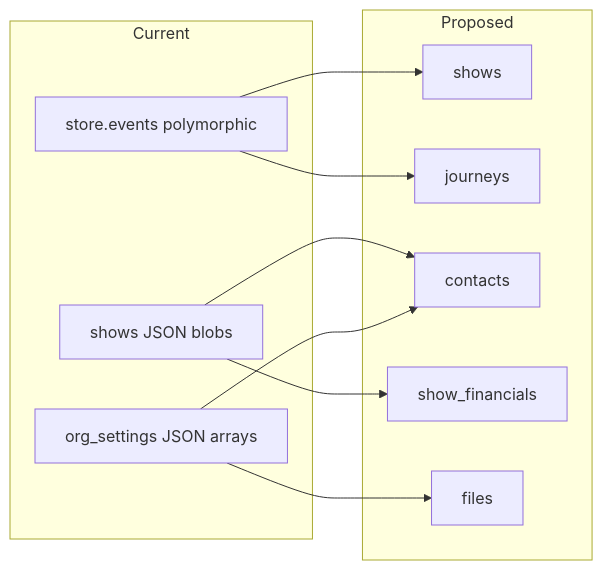
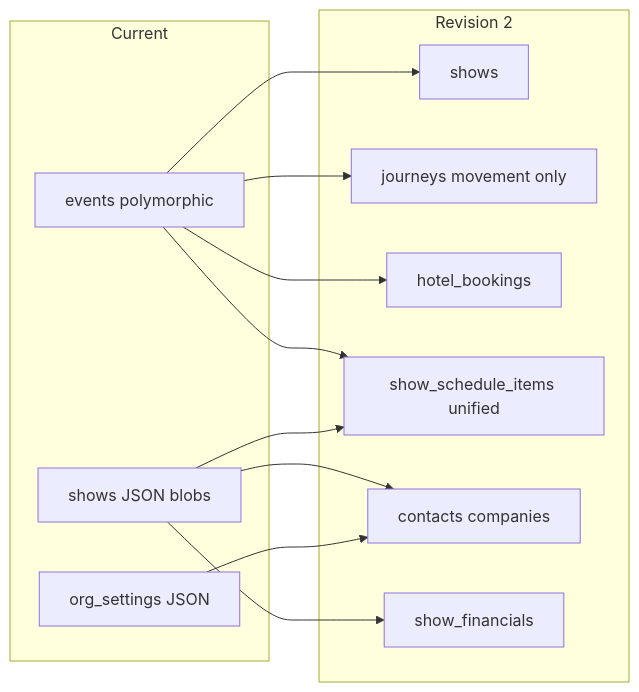
One commit to finners68/operateapp changed the ninth of 9 diagrams in docs/database/schema-erd.md. Above: the diagram before and after it, drawn with Mermaid. The commit also changed other lines of this file and 2 other files, not shown here.

First line of the commit message:
Revise database schema to revision 2 per design review.

````diff
--- a/docs/database/schema-erd.md
+++ b/docs/database/schema-erd.md
@@ -173,23 +191,26 @@
 ```mermaid
 flowchart LR
   subgraph current [Current]
-    E[store.events polymorphic]
+    E[events polymorphic]
     SJ[shows JSON blobs]
-    OS[org_settings JSON arrays]
+    OS[org_settings JSON]
   end
 
-  subgraph proposed [Proposed]
+  subgraph target [Revision 2]
     SH[shows]
-    JN[journeys]
-    CT[contacts]
+    JN[journeys movement only]
+    HB[hotel_bookings]
+    SS[show_schedule_items unified]
+    CT[contacts companies]
     FN[show_financials]
-    FL[files]
   end
 
   E --> SH
   E --> JN
+  E --> HB
+  E --> SS
   SJ --> CT
   SJ --> FN
+  SJ --> SS
   OS --> CT
-  OS --> FL
 ```
````
